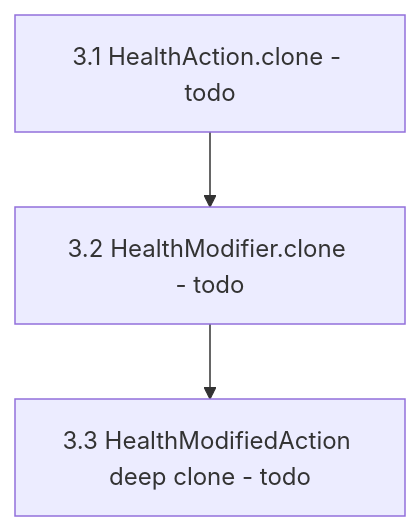
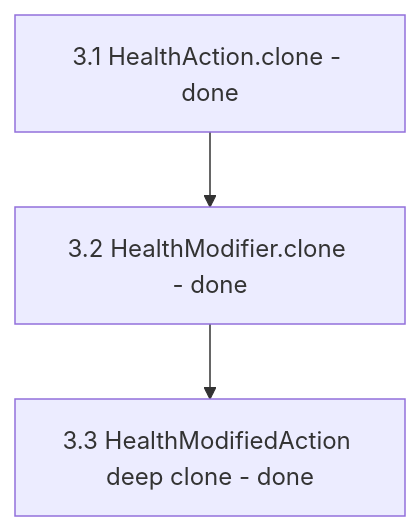
One commit to cluttered-code/godot-health-hitbox-hurtbox changed the fifth of 8 diagrams in .cursor/plans/better_testing_coverage.md. Above: the diagram before and after it, drawn with Mermaid. The commit also changed other lines of this file and 79 other files, not shown here.

````diff
--- a/.cursor/plans/better_testing_coverage.md
+++ b/.cursor/plans/better_testing_coverage.md
@@ -139,5 +139,5 @@
 ```mermaid
 flowchart TB
-  T31["3.1 HealthAction.clone - todo"] --> T32["3.2 HealthModifier.clone - todo"]
-  T32 --> T33["3.3 HealthModifiedAction deep clone - todo"]
+  T31["3.1 HealthAction.clone - done"] --> T32["3.2 HealthModifier.clone - done"]
+  T32 --> T33["3.3 HealthModifiedAction deep clone - done"]
 ```
````
